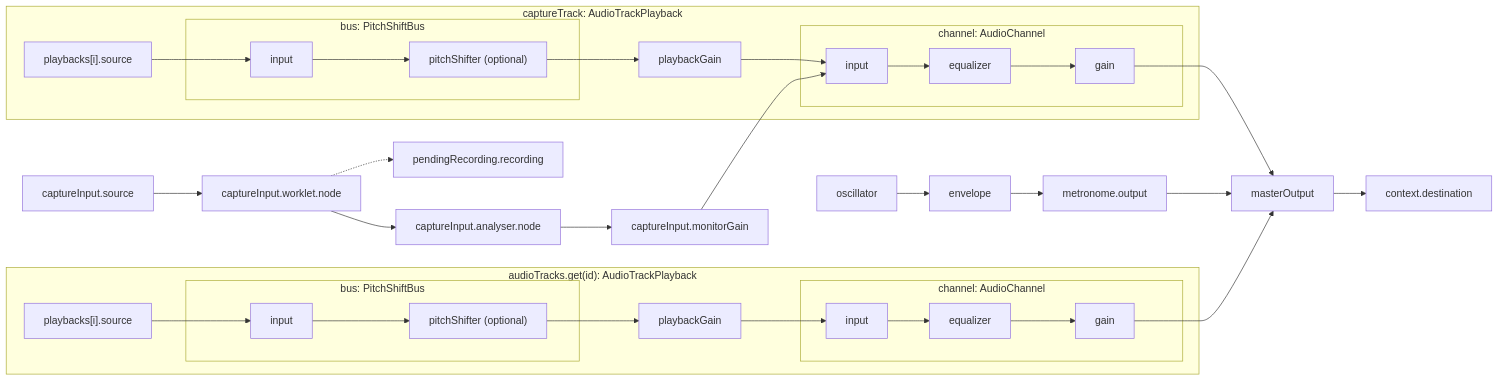
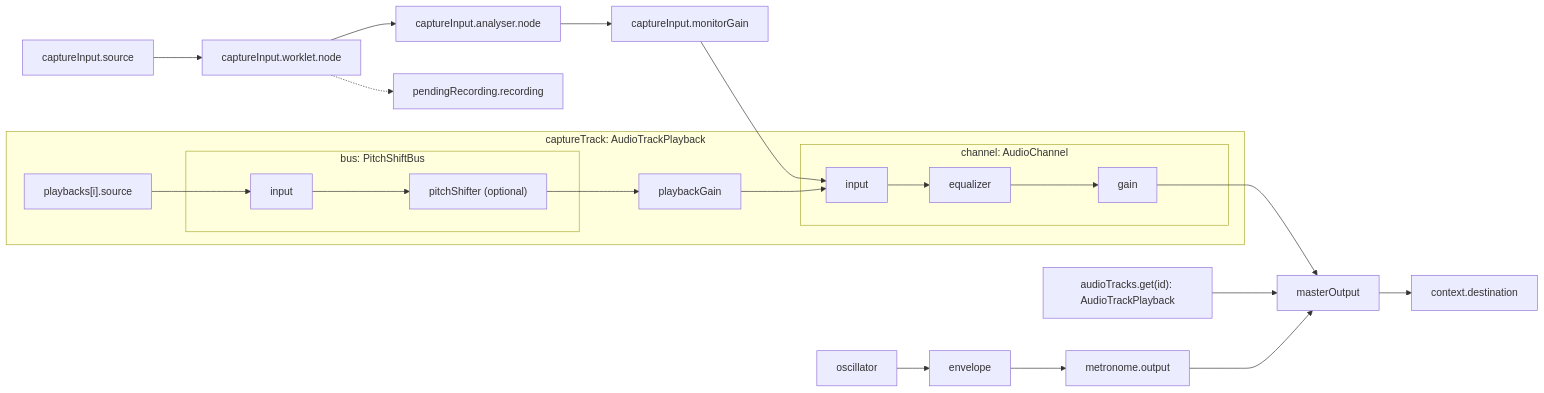
The diagram in src/lib/recorder/README.md (hi-ogawa/toy-midi), drawn with Mermaid before and after one commit.

Commit message:
docs: avoid repeating audio track internals in signal diagram

````diff
--- a/src/lib/recorder/README.md
+++ b/src/lib/recorder/README.md
@@ -5,41 +5,28 @@
 ```mermaid
 flowchart LR
     captureSource["captureInput.source"] --> captureWorklet["captureInput.worklet.node"]
     captureWorklet -.-> recording["pendingRecording.recording"]
     captureWorklet --> analyser["captureInput.analyser.node"]
     analyser --> monitorGain["captureInput.monitorGain"]
     monitorGain --> captureInput
 
     subgraph captureTrack["captureTrack: AudioTrackPlayback"]
         takeSource["playbacks[i].source"] --> takeBusInput
         subgraph takePitchShiftBus["bus: PitchShiftBus"]
             takeBusInput["input"] --> takePitchShifter["pitchShifter (optional)"]
         end
         takePitchShifter --> takePlaybackGain["playbackGain"]
         takePlaybackGain --> captureInput
         subgraph captureChannel["channel: AudioChannel"]
             captureInput["input"] --> captureEqualizer["equalizer"]
             captureEqualizer --> captureGain["gain"]
         end
     end
 
-    subgraph audioTrack["audioTracks.get(id): AudioTrackPlayback"]
-        audioSource["playbacks[i].source"] --> audioBusInput
-        subgraph audioPitchShiftBus["bus: PitchShiftBus"]
-            audioBusInput["input"] --> audioPitchShifter["pitchShifter (optional)"]
-        end
-        audioPitchShifter --> audioPlaybackGain["playbackGain"]
-        audioPlaybackGain --> trackInput
-        subgraph audioChannel["channel: AudioChannel"]
-            trackInput["input"] --> trackEqualizer["equalizer"]
-            trackEqualizer --> trackGain["gain"]
-        end
-    end
-
     captureGain --> masterOutput["masterOutput"]
-    trackGain --> masterOutput
+    audioTrack["audioTracks.get(id): AudioTrackPlayback"] --> masterOutput
     oscillator["oscillator"] --> envelope["envelope"]
     envelope --> metronomeOutput["metronome.output"]
     metronomeOutput --> masterOutput
     masterOutput --> destination["context.destination"]
 ```
````
